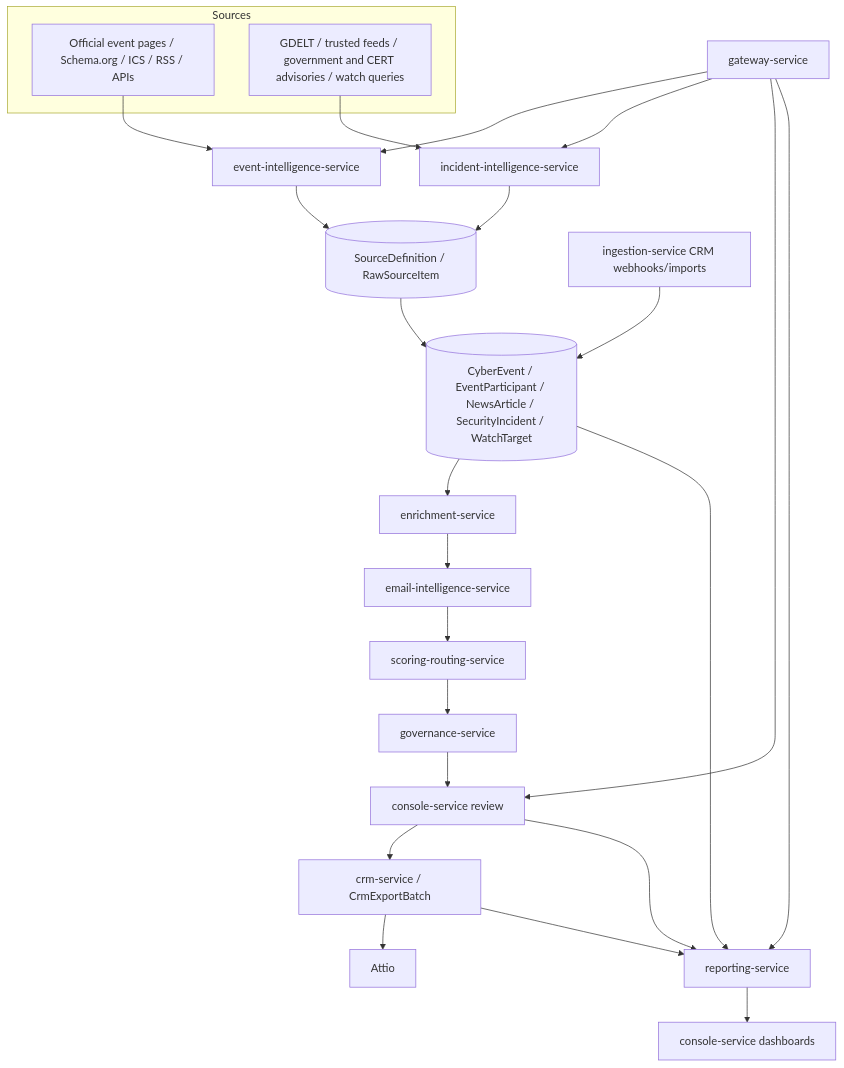
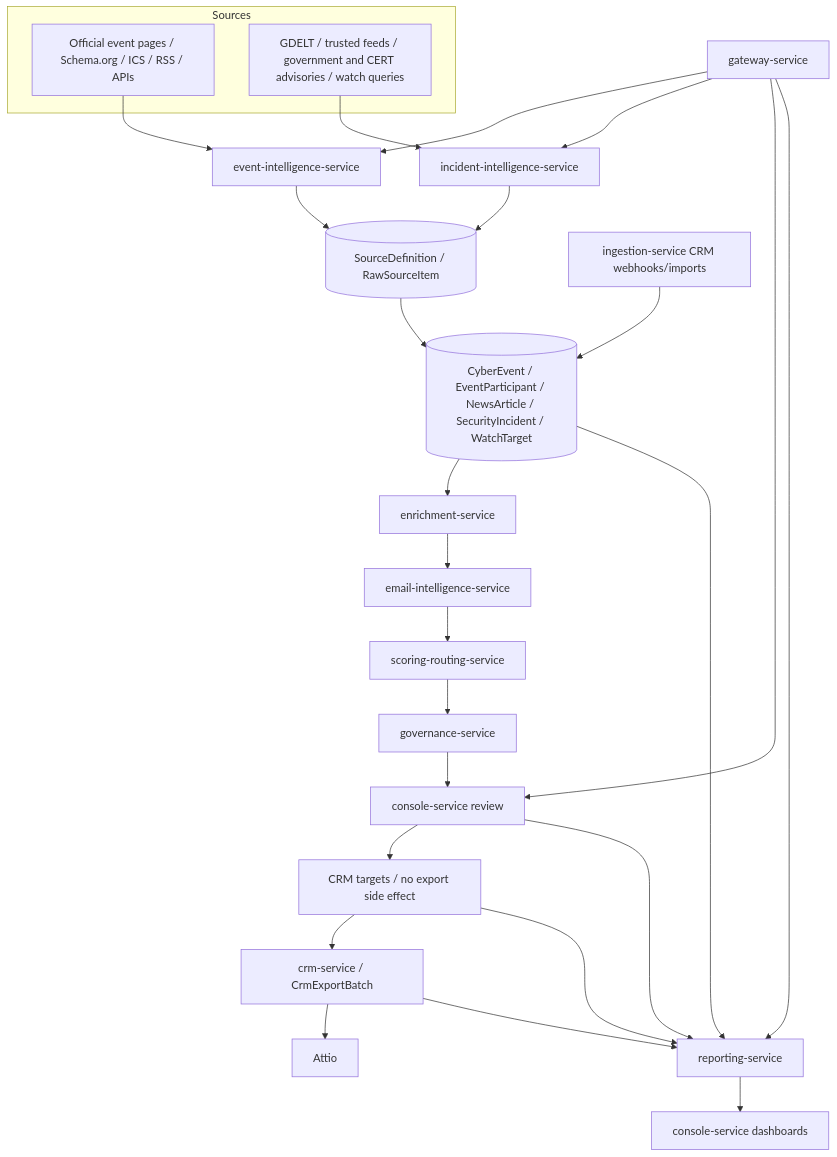
The diagram in docs/architecture.md (giacometti-r/GhostRecon), drawn with Mermaid before and after one commit. The commit also changed other lines of this file and 27 other files, not shown here.

````diff
--- a/docs/architecture.md
+++ b/docs/architecture.md
@@ -9,29 +9,31 @@
 ```mermaid
 flowchart TD
   subgraph Sources
     EVENTSRC[Official event pages / Schema.org / ICS / RSS / APIs]
     NEWSSRC[GDELT / trusted feeds / government and CERT advisories / watch queries]
   end
 
   EVENTSRC --> EIS[event-intelligence-service]
   NEWSSRC --> IIS[incident-intelligence-service]
   EIS --> RAW[(SourceDefinition / RawSourceItem)]
   IIS --> RAW
   RAW --> CANON[(CyberEvent / EventParticipant / NewsArticle / SecurityIncident / WatchTarget)]
   CANON --> ENR[enrichment-service]
   ENR --> EMAIL[email-intelligence-service]
   EMAIL --> SCORE[scoring-routing-service]
   SCORE --> GOV[governance-service]
   GOV --> REVIEW[console-service review]
-  REVIEW --> EXPORT[crm-service / CrmExportBatch]
+  REVIEW --> TARGETS[CRM targets / no export side effect]
+  TARGETS --> EXPORT[crm-service / CrmExportBatch]
   EXPORT --> ATTIO[Attio]
   CANON --> REPORT[reporting-service]
   REVIEW --> REPORT
+  TARGETS --> REPORT
   EXPORT --> REPORT
   REPORT --> CONSOLE[console-service dashboards]
   GATE[gateway-service] --> EIS
   GATE --> IIS
   GATE --> REVIEW
   GATE --> REPORT
   ING[ingestion-service CRM webhooks/imports] --> CANON
 ```
````
